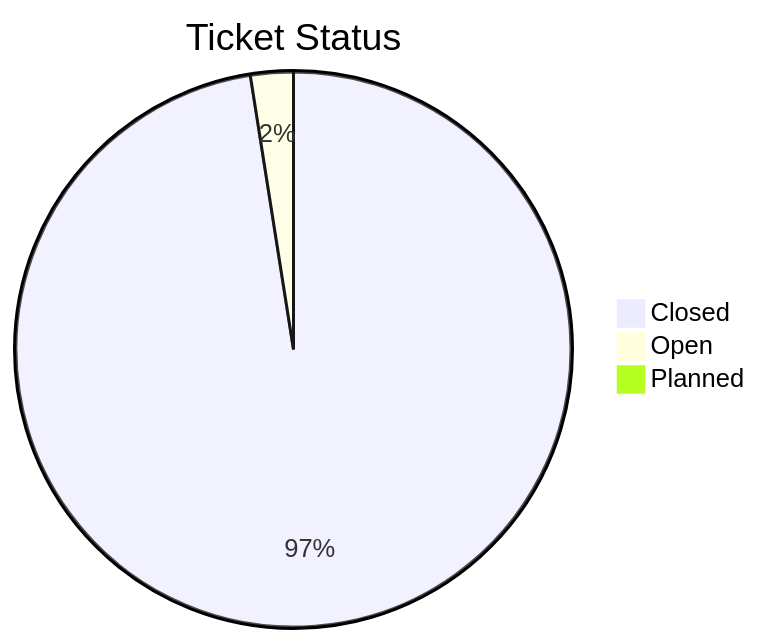
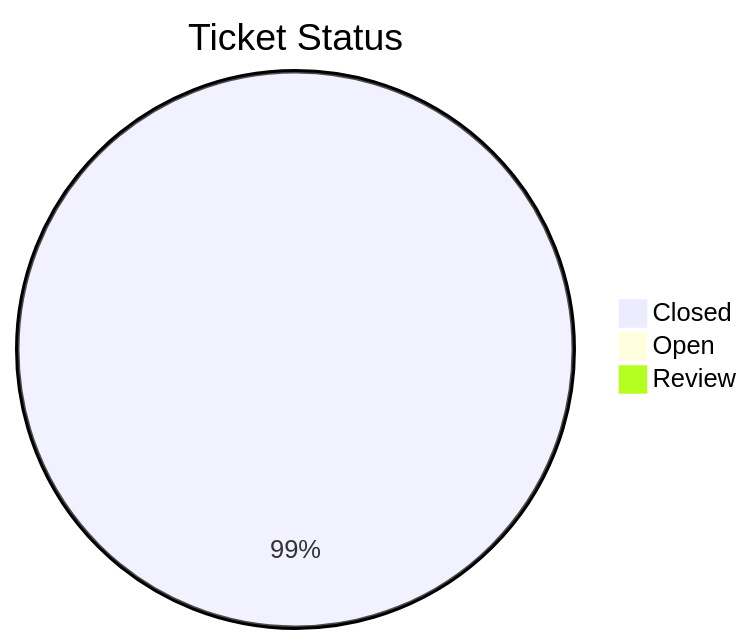
Before and after one commit to M-Umar-Hameed/VibeOps: the third of 6 diagrams in README.md, drawn with Mermaid. The commit also changed other lines of this file, not shown here.

````diff
--- a/README.md
+++ b/README.md
@@ -54,6 +54,6 @@
 ```mermaid
 pie title Ticket Status
-    "Closed" : 196
-    "Open" : 5
-    "Planned" : 2
+    "Closed" : 200
+    "Open" : 1
+    "Review" : 1
 ```
````
